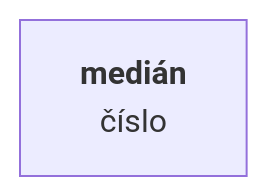
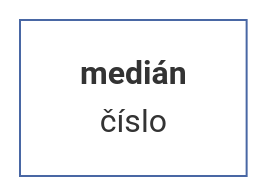
One commit to muzikp/retusa changed the ninth of 23 diagrams in docs/cs-CZ/vector.md. Above: the diagram before and after it, drawn with Mermaid. The commit also changed other lines of this file and 17 other files, not shown here.

````diff
--- a/docs/cs-CZ/vector.md
+++ b/docs/cs-CZ/vector.md
@@ -234,4 +258,7 @@
 ```mermaid
 graph TD
-A[<b>medián<br></b>číslo]
+median[<b>medián<br></b>číslo]
+style median fill:#FFFFFF;
+style median stroke:#4967A4;
+
 ```
````
